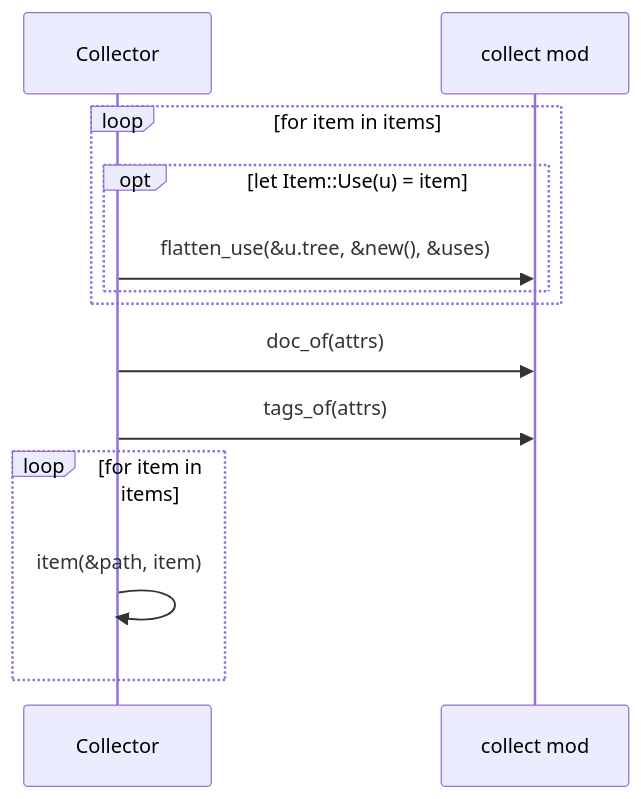
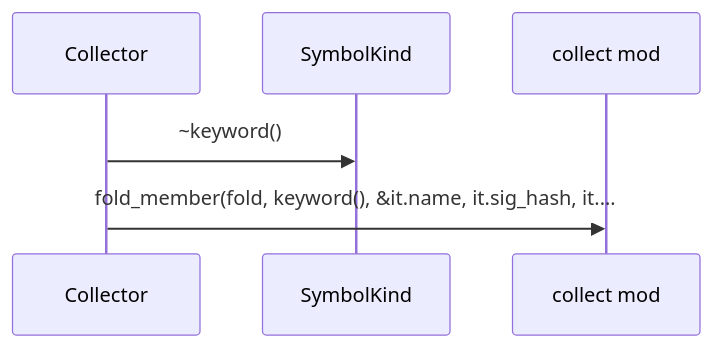
The sixth of 50 diagrams in docs/sealmap/crates/sealmap-rust/src/collect.rs.md (DreamLab-AI/codemaid), drawn with Mermaid before and after one commit. The commit also changed other lines of this file and 45 other files, not shown here.

First line of the commit message:
docs: regenerate the self-corpus for sym: ids and schema v2

````diff
--- a/docs/sealmap/crates/sealmap-rust/src/collect.rs.md
+++ b/docs/sealmap/crates/sealmap-rust/src/collect.rs.md
@@ -234,15 +374,8 @@
 ```mermaid
 sequenceDiagram
-  participant sealmap_rust__collect__Collector as Collector
+  participant sealmap_rust__collect___tCollector as Collector
+  participant sealmap_model__symbol___tSymbolKind as SymbolKind
   participant sealmap_rust__collect as collect mod
-  loop for item in items
-    opt let Item::Use(u) = item
-      sealmap_rust__collect__Collector->>sealmap_rust__collect: flatten_use(&u.tree, &new(), &uses)
-    end
-  end
-  sealmap_rust__collect__Collector->>sealmap_rust__collect: doc_of(attrs)
-  sealmap_rust__collect__Collector->>sealmap_rust__collect: tags_of(attrs)
-  loop for item in items
-    sealmap_rust__collect__Collector->>sealmap_rust__collect__Collector: item(&path, item)
-  end
+  sealmap_rust__collect___tCollector->>sealmap_model__symbol___tSymbolKind: ~keyword()
+  sealmap_rust__collect___tCollector->>sealmap_rust__collect: fold_member(fold, keyword(), &it.name, it.sig_hash, it.…
 ```
````
